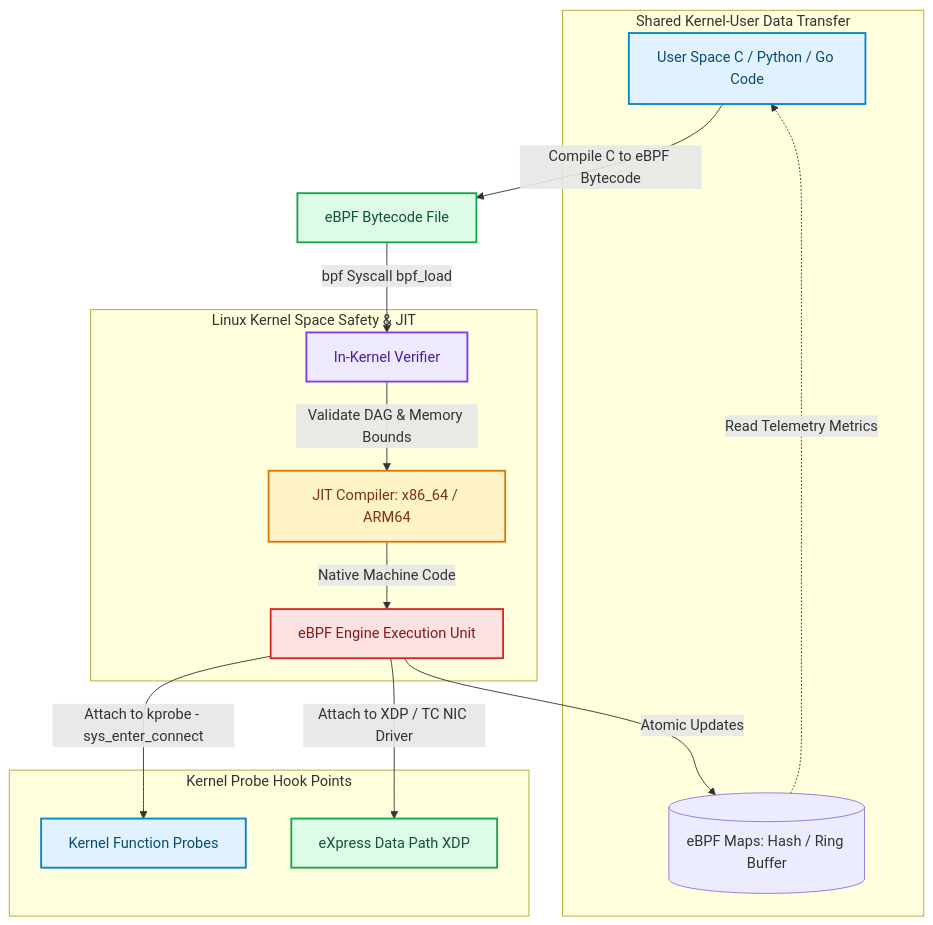
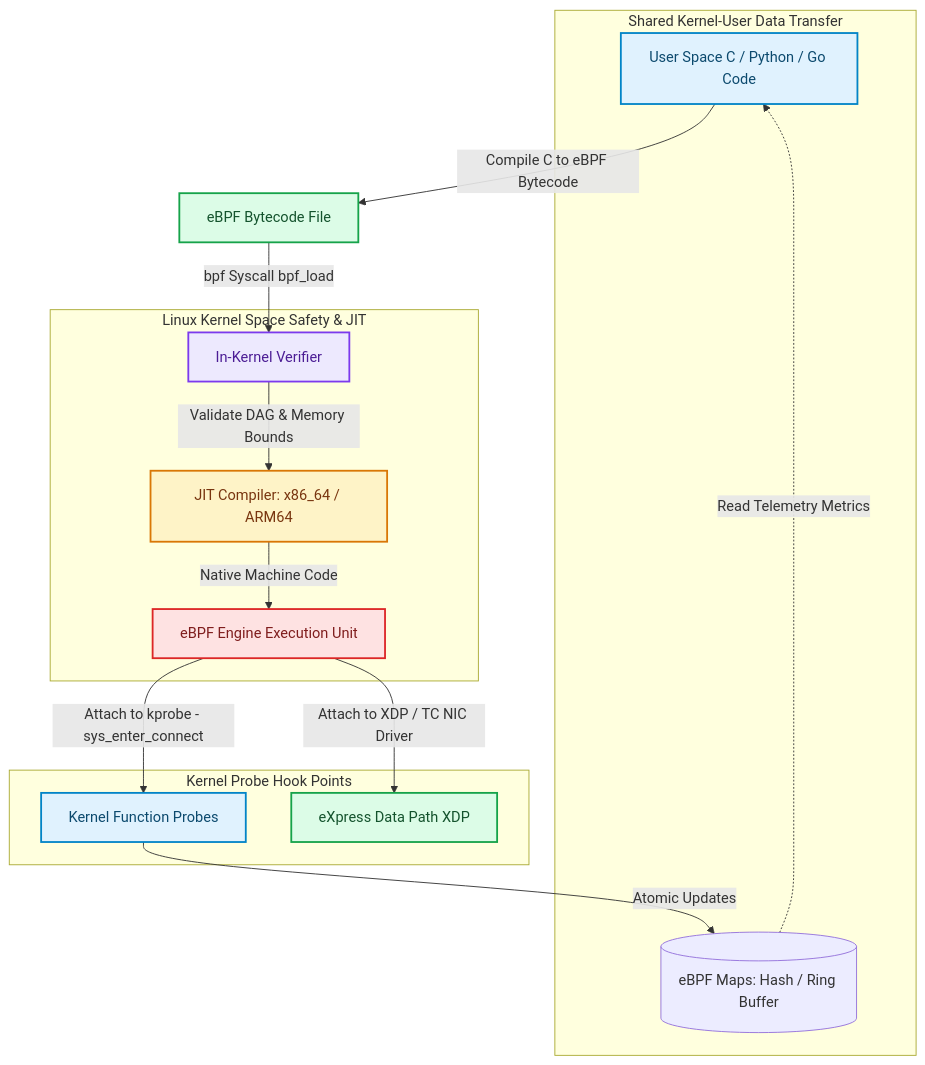
The diagram in blog/posts/ebpf-observability-kernel-level-packet-tracing-socket-filtering.md (akmalkhaniub/akmalkhaniub.github.io), drawn with Mermaid before and after one commit. The commit also changed other lines of this file and 894 other files, not shown here.

Commit message:
feat(blog): upgrade all 444 posts with unique staggered dates, 2-col Mermaid spines, benchmark tables, code blocks, and trade-offs

````diff
--- a/blog/posts/ebpf-observability-kernel-level-packet-tracing-socket-filtering.md
+++ b/blog/posts/ebpf-observability-kernel-level-packet-tracing-socket-filtering.md
@@ -19,31 +19,31 @@
 ```mermaid
 flowchart TD
   UserApp["User Space C / Python / Go Code"] -->|Compile C to eBPF Bytecode| Bytecode["eBPF Bytecode File"]
   Bytecode -->|bpf Syscall bpf_load| Verifier["In-Kernel Verifier"]
   
   subgraph SG1_LinuxKernelSpace ["Linux Kernel Space Safety & JIT"]
     Verifier -->|Validate DAG & Memory Bounds| JIT["JIT Compiler: x86_64 / ARM64"]
     JIT -->|Native Machine Code| Engine["eBPF Engine Execution Unit"]
   end
   
   subgraph SG2_KernelProbeHook ["Kernel Probe Hook Points"]
     Engine -->|Attach to kprobe - sys_enter_connect| Kprobe["Kernel Function Probes"]
     Engine -->|Attach to XDP / TC NIC Driver| XDP["eXpress Data Path XDP"]
   end
   
   subgraph SG3_SharedKernelUser ["Shared Kernel-User Data Transfer"]
-    Engine -->|Atomic Updates| BPFMap[(eBPF Maps: Hash / Ring Buffer)]
+    Kprobe --> |Atomic Updates| BPFMap[(eBPF Maps: Hash / Ring Buffer)]
     BPFMap -.->|Read Telemetry Metrics| UserApp
   end
 
 classDef green fill:#dcfce7,stroke:#16a34a,stroke-width:2px,color:#14532d;
 classDef red fill:#fee2e2,stroke:#dc2626,stroke-width:2px,color:#7f1d1d;
 classDef blue fill:#e0f2fe,stroke:#0284c7,stroke-width:2px,color:#0c4a6e;
 classDef yellow fill:#fef3c7,stroke:#d97706,stroke-width:2px,color:#78350f;
 classDef purple fill:#ede9fe,stroke:#7c3aed,stroke-width:2px,color:#4c1d95;
 class UserApp,Kprobe blue
 class Bytecode,XDP green
 class Verifier purple
 class JIT yellow
 class Engine red
 ```
````
